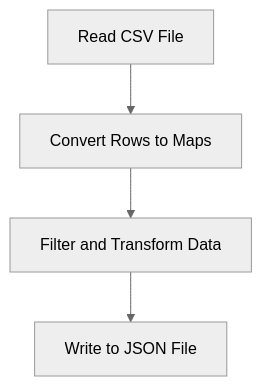
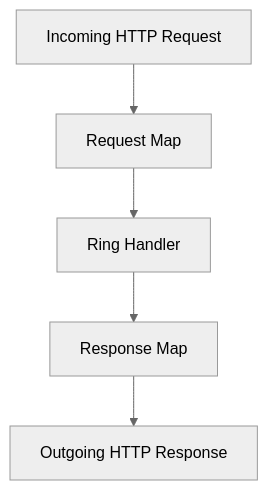
Before and after one commit to MasteryEducation/ClojureForJava.com: the diagram in content/1/13/2/1/index.md, drawn with Mermaid (neutral theme). The commit also changed other lines of this file and 915 other files, not shown here.

````diff
--- a/content/1/13/2/1/index.md
+++ b/content/1/13/2/1/index.md
@@ -210,6 +139,7 @@
 ```mermaid
-graph TD;
-    A[Read CSV File] --> B[Convert Rows to Maps];
-    B --> C[Filter and Transform Data];
-    C --> D[Write to JSON File];
+flowchart TD
+    A[Incoming HTTP Request] --> B[Request Map]
+    B --> C[Ring Handler]
+    C --> D[Response Map]
+    D --> E[Outgoing HTTP Response]
 ```
````
